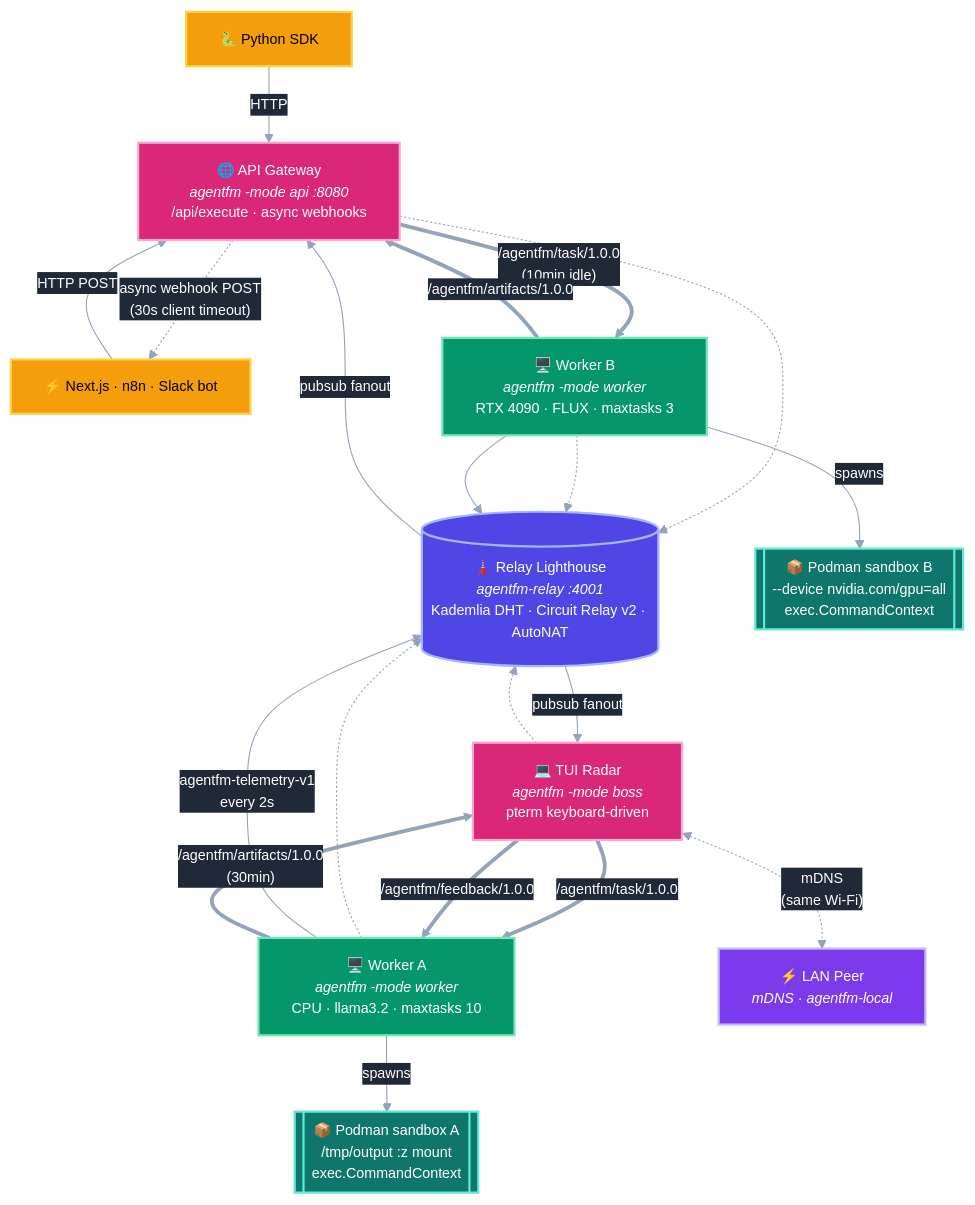
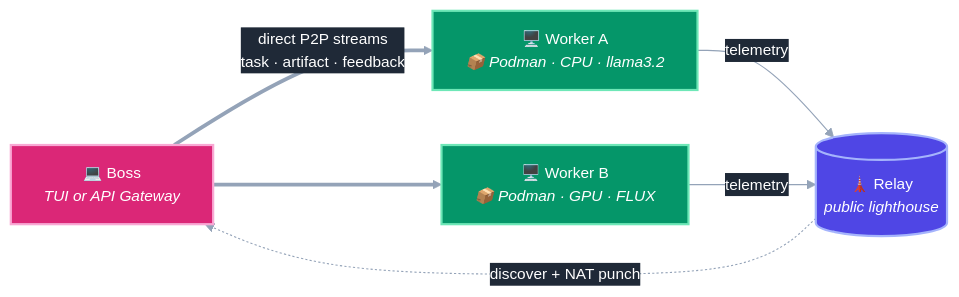
Before and after one commit to Agent-FM/agentfm-core: the diagram in README.md, drawn with Mermaid. The commit also changed other lines of this file, not shown here.

````diff
--- a/README.md
+++ b/README.md
@@ -96,81 +96,31 @@
 ```mermaid
 %%{init: {'theme':'base', 'themeVariables': {
   'primaryColor':'#4F46E5',
   'primaryTextColor':'#FFFFFF',
   'primaryBorderColor':'#A5B4FC',
   'lineColor':'#94A3B8',
   'textColor':'#E5E7EB',
   'edgeLabelBackground':'#1F2937',
-  'tertiaryColor':'#1F2937',
   'fontFamily':'ui-sans-serif, system-ui, sans-serif',
-  'fontSize':'13px'
+  'fontSize':'14px'
 }}}%%
-flowchart TB
-    %% --- External consumers ---
-    C1["🐍 Python SDK"]
-    C2["⚡ Next.js · n8n · Slack bot"]
+flowchart LR
+    B["💻 Boss<br/><i>TUI or API Gateway</i>"]
+    R[("🗼 Relay<br/><i>public lighthouse</i>")]
+    W1["🖥️ Worker A<br/><i>📦 Podman · CPU · llama3.2</i>"]
+    W2["🖥️ Worker B<br/><i>📦 Podman · GPU · FLUX</i>"]
 
-    %% --- Lighthouse ---
-    R[("🗼 Relay Lighthouse<br/><i>agentfm-relay :4001</i><br/>Kademlia DHT · Circuit Relay v2 · AutoNAT")]
+    W1 -- telemetry --> R
+    W2 -- telemetry --> R
+    R -. discover + NAT punch .-> B
 
-    %% --- Boss variants (same binary, different -mode) ---
-    BA["🌐 API Gateway<br/><i>agentfm -mode api :8080</i><br/>/api/execute · async webhooks"]
-    BT["💻 TUI Radar<br/><i>agentfm -mode boss</i><br/>pterm keyboard-driven"]
+    B ==>|"direct P2P streams<br/>task · artifact · feedback"| W1
+    B ==> W2
 
-    %% --- Workers ---
-    W1["🖥️ Worker A<br/><i>agentfm -mode worker</i><br/>CPU · llama3.2 · maxtasks 10"]
-    W2["🖥️ Worker B<br/><i>agentfm -mode worker</i><br/>RTX 4090 · FLUX · maxtasks 3"]
-
-    %% --- Podman sandboxes (ephemeral, per-task) ---
-    S1[["📦 Podman sandbox A<br/>/tmp/output :z mount<br/>exec.CommandContext"]]
-    S2[["📦 Podman sandbox B<br/>--device nvidia.com/gpu=all<br/>exec.CommandContext"]]
-
-    %% --- LAN peer via mDNS ---
-    LAN["⚡ LAN Peer<br/><i>mDNS · agentfm-local</i>"]
-
-    %% === Consumer → Boss API ===
-    C1 -->|HTTP| BA
-    C2 -->|HTTP POST| BA
-    BA -.->|"async webhook POST<br/>(30s client timeout)"| C2
-
-    %% === Bootstrap dials (control plane) ===
-    BA -.-> R
-    BT -.-> R
-    W1 -.-> R
-    W2 -.-> R
-
-    %% === GossipSub telemetry (continuous 2s pulses) ===
-    W1 -->|"agentfm-telemetry-v1<br/>every 2s"| R
-    W2 --> R
-    R -->|pubsub fanout| BA
-    R -->|pubsub fanout| BT
-
-    %% === Direct P2P streams — the actual work, NAT-punched via Relay ===
-    BA ==>|"/agentfm/task/1.0.0<br/>(10min idle)"| W2
-    BT ==>|"/agentfm/task/1.0.0"| W1
-    W1 ==>|"/agentfm/artifacts/1.0.0<br/>(30min)"| BT
-    W2 ==>|"/agentfm/artifacts/1.0.0"| BA
-    BT ==>|"/agentfm/feedback/1.0.0"| W1
-
-    %% === Worker → Sandbox (per-task, ephemeral) ===
-    W1 -->|"spawns"| S1
-    W2 -->|"spawns"| S2
-
-    %% === mDNS local discovery bypasses the relay ===
-    BT <-.->|"mDNS<br/>(same Wi-Fi)"| LAN
-
-    %% --- Styling ---
-    classDef relay   fill:#4F46E5,stroke:#A5B4FC,stroke-width:2px,color:#FFFFFF
-    classDef boss    fill:#DB2777,stroke:#F9A8D4,stroke-width:2px,color:#FFFFFF
-    classDef worker  fill:#059669,stroke:#6EE7B7,stroke-width:2px,color:#FFFFFF
-    classDef sandbox fill:#0F766E,stroke:#5EEAD4,stroke-width:2px,color:#FFFFFF
-    classDef ext     fill:#F59E0B,stroke:#FCD34D,stroke-width:2px,color:#000000
-    classDef lan     fill:#7C3AED,stroke:#C4B5FD,stroke-width:2px,color:#FFFFFF
-
+    classDef relay  fill:#4F46E5,stroke:#A5B4FC,stroke-width:2px,color:#FFFFFF
+    classDef boss   fill:#DB2777,stroke:#F9A8D4,stroke-width:2px,color:#FFFFFF
+    classDef worker fill:#059669,stroke:#6EE7B7,stroke-width:2px,color:#FFFFFF
     class R relay
-    class BA,BT boss
+    class B boss
     class W1,W2 worker
-    class S1,S2 sandbox
-    class C1,C2 ext
-    class LAN lan
 ```
````
